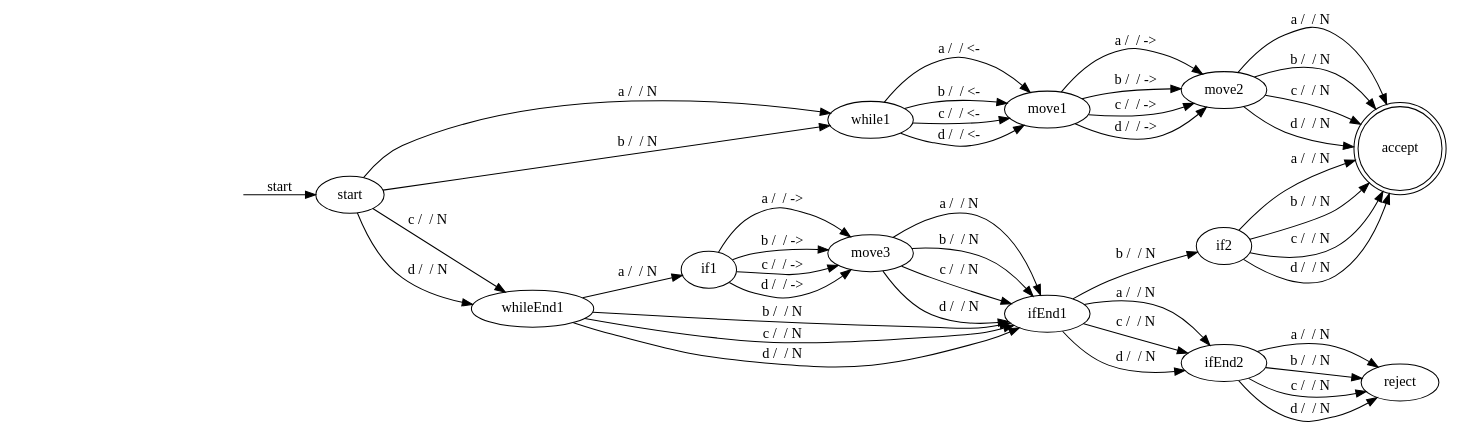
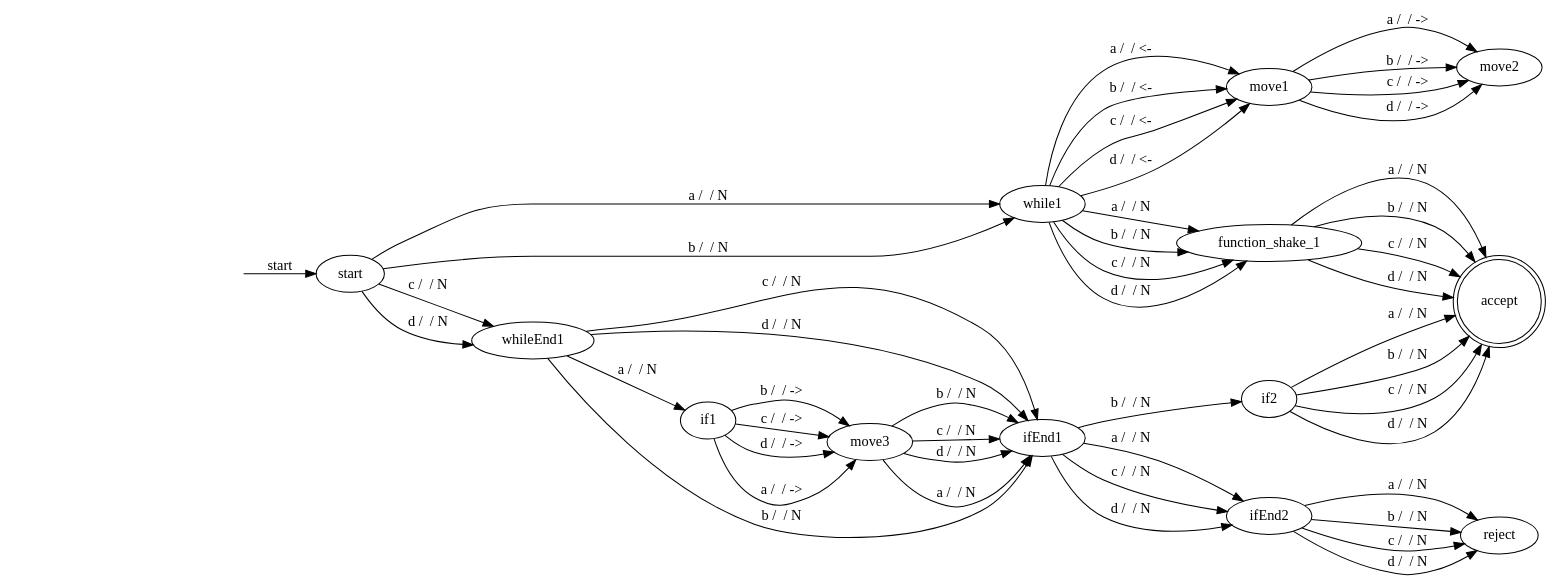
The diagram in tm.dot (Squarific/TMLanguage), drawn with Graphviz before and after one commit. The commit also changed 4 other files, not shown here.

```diff
--- a/tm.dot
+++ b/tm.dot
@@ -1,46 +1,50 @@
 digraph tm {
 rankdir="LR";
 accept [shape=doublecircle];
 HIDDENSTARTSTATE [color=white, fontcolor=white];
 HIDDENSTARTSTATE -> start [label="start"];
+while1 -> function_shake_1 [label="a /  / N"];
+while1 -> function_shake_1 [label="b /  / N"];
+while1 -> function_shake_1 [label="c /  / N"];
+while1 -> function_shake_1 [label="d /  / N"];
 while1 -> move1 [label="a /  / <-"];
 while1 -> move1 [label="b /  / <-"];
 while1 -> move1 [label="c /  / <-"];
 while1 -> move1 [label="d /  / <-"];
 move1 -> move2 [label="a /  / ->"];
 move1 -> move2 [label="b /  / ->"];
 move1 -> move2 [label="c /  / ->"];
 move1 -> move2 [label="d /  / ->"];
-move2 -> accept [label="a /  / N"];
-move2 -> accept [label="b /  / N"];
-move2 -> accept [label="c /  / N"];
-move2 -> accept [label="d /  / N"];
+function_shake_1 -> accept [label="a /  / N"];
+function_shake_1 -> accept [label="b /  / N"];
+function_shake_1 -> accept [label="c /  / N"];
+function_shake_1 -> accept [label="d /  / N"];
 start -> while1 [label="a /  / N"];
 start -> while1 [label="b /  / N"];
 start -> whileEnd1 [label="c /  / N"];
 start -> whileEnd1 [label="d /  / N"];
 if1 -> move3 [label="a /  / ->"];
 if1 -> move3 [label="b /  / ->"];
 if1 -> move3 [label="c /  / ->"];
 if1 -> move3 [label="d /  / ->"];
 whileEnd1 -> if1 [label="a /  / N"];
 move3 -> ifEnd1 [label="a /  / N"];
 whileEnd1 -> ifEnd1 [label="b /  / N"];
 move3 -> ifEnd1 [label="b /  / N"];
 whileEnd1 -> ifEnd1 [label="c /  / N"];
 move3 -> ifEnd1 [label="c /  / N"];
 whileEnd1 -> ifEnd1 [label="d /  / N"];
 move3 -> ifEnd1 [label="d /  / N"];
 if2 -> accept [label="a /  / N"];
 if2 -> accept [label="b /  / N"];
 if2 -> accept [label="c /  / N"];
 if2 -> accept [label="d /  / N"];
 ifEnd1 -> if2 [label="b /  / N"];
 ifEnd1 -> ifEnd2 [label="a /  / N"];
 ifEnd1 -> ifEnd2 [label="c /  / N"];
 ifEnd1 -> ifEnd2 [label="d /  / N"];
 ifEnd2 -> reject [label="a /  / N"];
 ifEnd2 -> reject [label="b /  / N"];
 ifEnd2 -> reject [label="c /  / N"];
 ifEnd2 -> reject [label="d /  / N"];
 }
```
